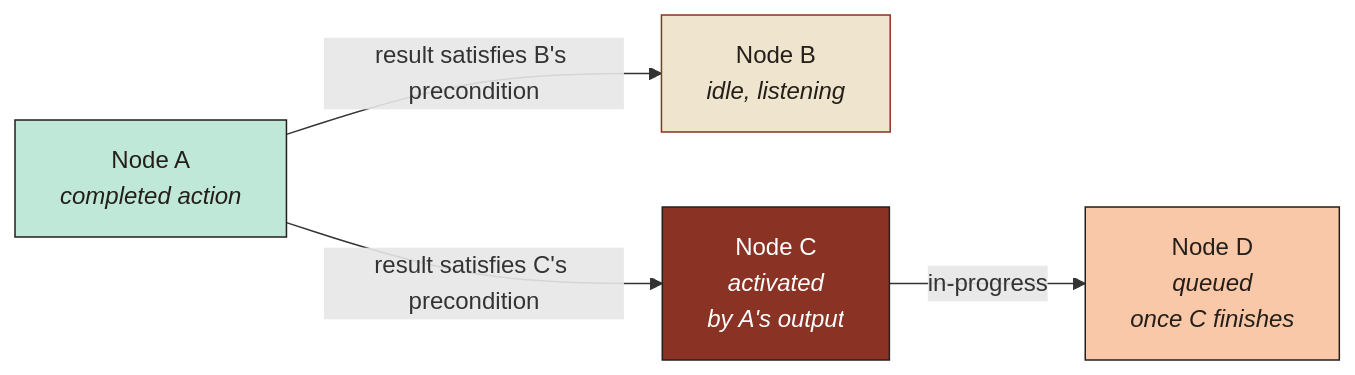
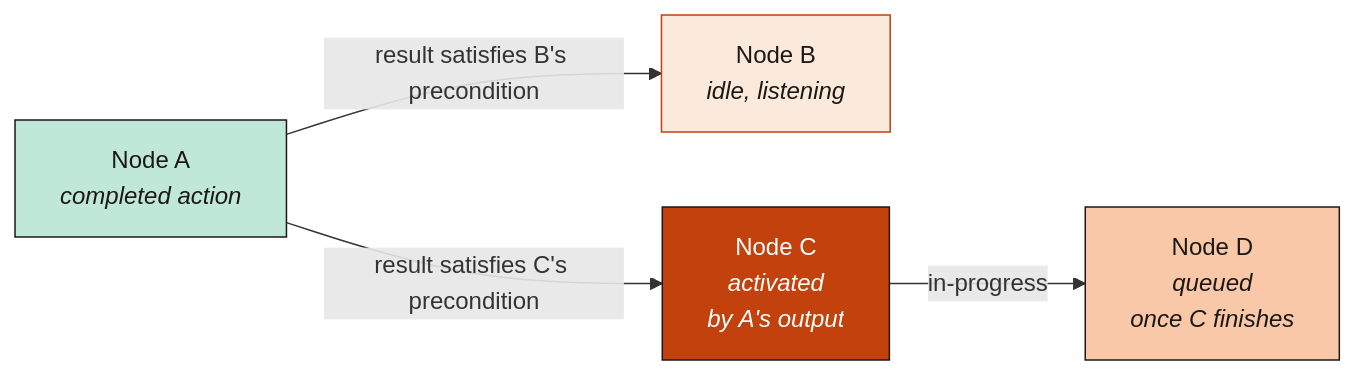
The fourth of 4 diagrams in blog/2026-05-16-quest-for-agi/index.qmd (kader-xai/kader-xai.github.io), drawn with Mermaid before and after one commit. The commit also changed other lines of this file and 44 other files, not shown here.

````diff
--- a/blog/2026-05-16-quest-for-agi/index.qmd
+++ b/blog/2026-05-16-quest-for-agi/index.qmd
@@ -241,16 +241,16 @@
 ```{mermaid}
 flowchart LR
     A["Node A<br/><i>completed action</i>"]:::done
     B["Node B<br/><i>idle, listening</i>"]:::idle
     C["Node C<br/><i>activated</i><br/><i>by A's output</i>"]:::active
     D["Node D<br/><i>queued</i><br/><i>once C finishes</i>"]:::queued
 
     A -- "result satisfies B's precondition" --> B
     A -- "result satisfies C's precondition" --> C
     C -- "in-progress" --> D
 
-    classDef done fill:#BFE8D9,stroke:#241f1a,color:#241f1a;
-    classDef idle fill:#efe4cd,stroke:#8a3324,color:#241f1a;
-    classDef active fill:#8a3324,stroke:#241f1a,color:#ffffff;
-    classDef queued fill:#F8C8A8,stroke:#241f1a,color:#241f1a;
+    classDef done fill:#BFE8D9,stroke:#1c1814,color:#1c1814;
+    classDef idle fill:#fbeadc,stroke:#c2410c,color:#1c1814;
+    classDef active fill:#c2410c,stroke:#1c1814,color:#ffffff;
+    classDef queued fill:#F8C8A8,stroke:#1c1814,color:#1c1814;
 ```
````
